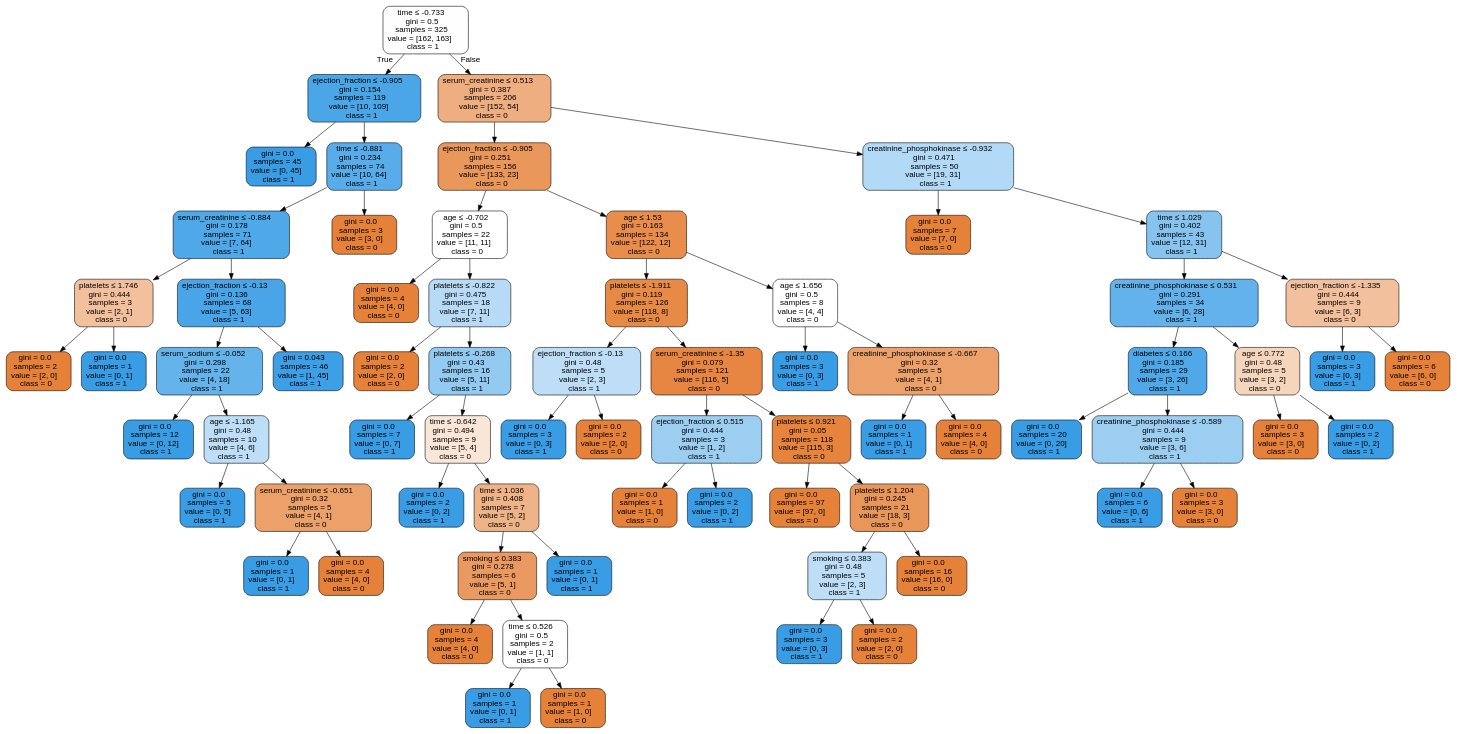
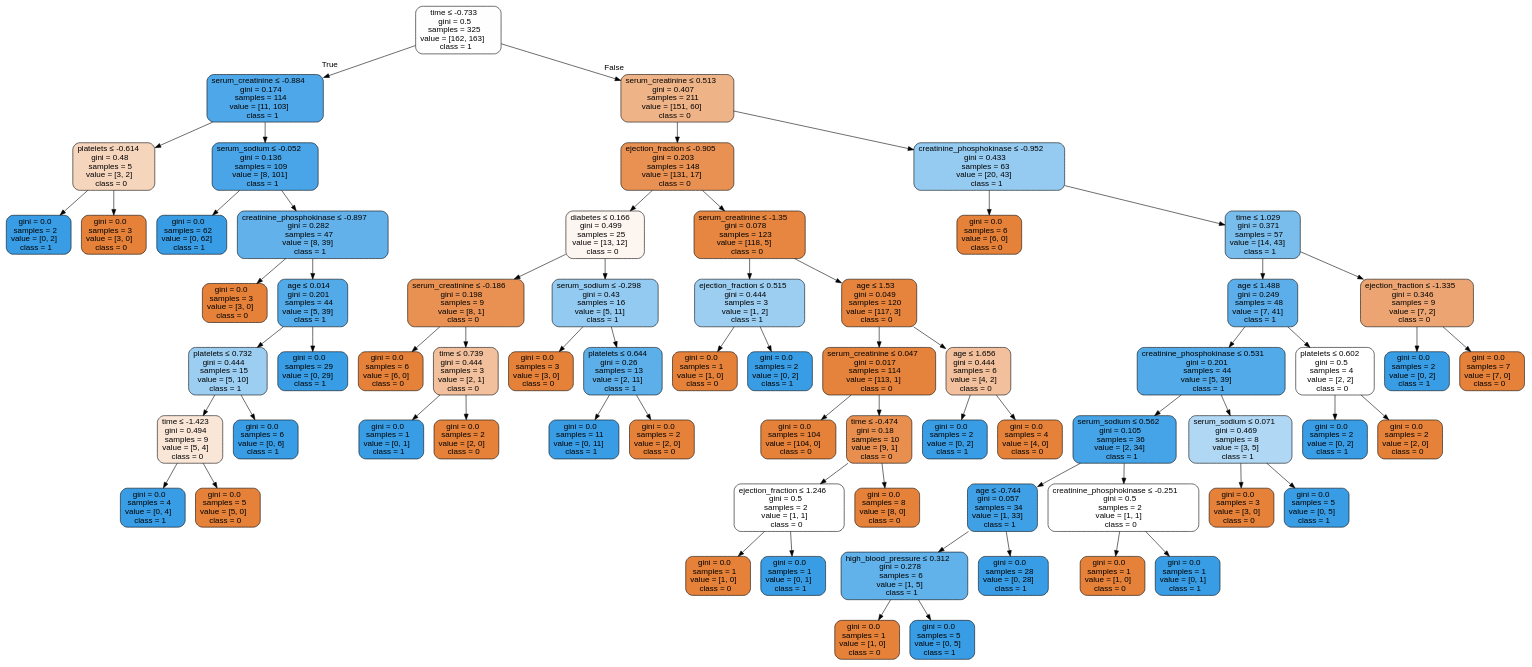
The diagram in Labs/NewClassifiers/Results/DecisionTrees/OverSample/ - No Outliers & Scaling/HFCR - OverSample - dtree.dot (isabelSoares/CD-2021), drawn with Graphviz before and after one commit. The commit also changed 275 other files, not shown here.

```diff
--- a/Labs/NewClassifiers/Results/DecisionTrees/OverSample/ - No Outliers & Scaling/HFCR - OverSample - dtree.dot
+++ b/Labs/NewClassifiers/Results/DecisionTrees/OverSample/ - No Outliers & Scaling/HFCR - OverSample - dtree.dot
@@ -2,144 +2,136 @@
 node [shape=box, style="filled, rounded", color="black", fontname=helvetica] ;
 edge [fontname=helvetica] ;
 0 [label=<time &le; -0.733<br/>gini = 0.5<br/>samples = 325<br/>value = [162, 163]<br/>class = 1>, fillcolor="#fefeff"] ;
-1 [label=<ejection_fraction &le; -0.905<br/>gini = 0.154<br/>samples = 119<br/>value = [10, 109]<br/>class = 1>, fillcolor="#4ba6e7"] ;
+1 [label=<serum_creatinine &le; -0.884<br/>gini = 0.174<br/>samples = 114<br/>value = [11, 103]<br/>class = 1>, fillcolor="#4ea7e8"] ;
 0 -> 1 [labeldistance=2.5, labelangle=45, headlabel="True"] ;
-2 [label=<gini = 0.0<br/>samples = 45<br/>value = [0, 45]<br/>class = 1>, fillcolor="#399de5"] ;
+2 [label=<platelets &le; -0.614<br/>gini = 0.48<br/>samples = 5<br/>value = [3, 2]<br/>class = 0>, fillcolor="#f6d5bd"] ;
 1 -> 2 ;
-3 [label=<time &le; -0.881<br/>gini = 0.234<br/>samples = 74<br/>value = [10, 64]<br/>class = 1>, fillcolor="#58ace9"] ;
-1 -> 3 ;
-4 [label=<serum_creatinine &le; -0.884<br/>gini = 0.178<br/>samples = 71<br/>value = [7, 64]<br/>class = 1>, fillcolor="#4fa8e8"] ;
-3 -> 4 ;
-5 [label=<platelets &le; 1.746<br/>gini = 0.444<br/>samples = 3<br/>value = [2, 1]<br/>class = 0>, fillcolor="#f2c09c"] ;
-4 -> 5 ;
-6 [label=<gini = 0.0<br/>samples = 2<br/>value = [2, 0]<br/>class = 0>, fillcolor="#e58139"] ;
+3 [label=<gini = 0.0<br/>samples = 2<br/>value = [0, 2]<br/>class = 1>, fillcolor="#399de5"] ;
+2 -> 3 ;
+4 [label=<gini = 0.0<br/>samples = 3<br/>value = [3, 0]<br/>class = 0>, fillcolor="#e58139"] ;
+2 -> 4 ;
+5 [label=<serum_sodium &le; -0.052<br/>gini = 0.136<br/>samples = 109<br/>value = [8, 101]<br/>class = 1>, fillcolor="#49a5e7"] ;
+1 -> 5 ;
+6 [label=<gini = 0.0<br/>samples = 62<br/>value = [0, 62]<br/>class = 1>, fillcolor="#399de5"] ;
 5 -> 6 ;
-7 [label=<gini = 0.0<br/>samples = 1<br/>value = [0, 1]<br/>class = 1>, fillcolor="#399de5"] ;
+7 [label=<creatinine_phosphokinase &le; -0.897<br/>gini = 0.282<br/>samples = 47<br/>value = [8, 39]<br/>class = 1>, fillcolor="#62b1ea"] ;
 5 -> 7 ;
-8 [label=<ejection_fraction &le; -0.13<br/>gini = 0.136<br/>samples = 68<br/>value = [5, 63]<br/>class = 1>, fillcolor="#49a5e7"] ;
-4 -> 8 ;
-9 [label=<serum_sodium &le; -0.052<br/>gini = 0.298<br/>samples = 22<br/>value = [4, 18]<br/>class = 1>, fillcolor="#65b3eb"] ;
-8 -> 9 ;
-10 [label=<gini = 0.0<br/>samples = 12<br/>value = [0, 12]<br/>class = 1>, fillcolor="#399de5"] ;
+8 [label=<gini = 0.0<br/>samples = 3<br/>value = [3, 0]<br/>class = 0>, fillcolor="#e58139"] ;
+7 -> 8 ;
+9 [label=<age &le; 0.014<br/>gini = 0.201<br/>samples = 44<br/>value = [5, 39]<br/>class = 1>, fillcolor="#52aae8"] ;
+7 -> 9 ;
+10 [label=<platelets &le; 0.732<br/>gini = 0.444<br/>samples = 15<br/>value = [5, 10]<br/>class = 1>, fillcolor="#9ccef2"] ;
 9 -> 10 ;
-11 [label=<age &le; -1.165<br/>gini = 0.48<br/>samples = 10<br/>value = [4, 6]<br/>class = 1>, fillcolor="#bddef6"] ;
-9 -> 11 ;
-12 [label=<gini = 0.0<br/>samples = 5<br/>value = [0, 5]<br/>class = 1>, fillcolor="#399de5"] ;
+11 [label=<time &le; -1.423<br/>gini = 0.494<br/>samples = 9<br/>value = [5, 4]<br/>class = 0>, fillcolor="#fae6d7"] ;
+10 -> 11 ;
+12 [label=<gini = 0.0<br/>samples = 4<br/>value = [0, 4]<br/>class = 1>, fillcolor="#399de5"] ;
 11 -> 12 ;
-13 [label=<serum_creatinine &le; -0.651<br/>gini = 0.32<br/>samples = 5<br/>value = [4, 1]<br/>class = 0>, fillcolor="#eca06a"] ;
+13 [label=<gini = 0.0<br/>samples = 5<br/>value = [5, 0]<br/>class = 0>, fillcolor="#e58139"] ;
 11 -> 13 ;
-14 [label=<gini = 0.0<br/>samples = 1<br/>value = [0, 1]<br/>class = 1>, fillcolor="#399de5"] ;
-13 -> 14 ;
-15 [label=<gini = 0.0<br/>samples = 4<br/>value = [4, 0]<br/>class = 0>, fillcolor="#e58139"] ;
-13 -> 15 ;
-16 [label=<gini = 0.043<br/>samples = 46<br/>value = [1, 45]<br/>class = 1>, fillcolor="#3d9fe6"] ;
-8 -> 16 ;
-17 [label=<gini = 0.0<br/>samples = 3<br/>value = [3, 0]<br/>class = 0>, fillcolor="#e58139"] ;
-3 -> 17 ;
-18 [label=<serum_creatinine &le; 0.513<br/>gini = 0.387<br/>samples = 206<br/>value = [152, 54]<br/>class = 0>, fillcolor="#eeae7f"] ;
-0 -> 18 [labeldistance=2.5, labelangle=-45, headlabel="False"] ;
-19 [label=<ejection_fraction &le; -0.905<br/>gini = 0.251<br/>samples = 156<br/>value = [133, 23]<br/>class = 0>, fillcolor="#e9975b"] ;
+14 [label=<gini = 0.0<br/>samples = 6<br/>value = [0, 6]<br/>class = 1>, fillcolor="#399de5"] ;
+10 -> 14 ;
+15 [label=<gini = 0.0<br/>samples = 29<br/>value = [0, 29]<br/>class = 1>, fillcolor="#399de5"] ;
+9 -> 15 ;
+16 [label=<serum_creatinine &le; 0.513<br/>gini = 0.407<br/>samples = 211<br/>value = [151, 60]<br/>class = 0>, fillcolor="#efb388"] ;
+0 -> 16 [labeldistance=2.5, labelangle=-45, headlabel="False"] ;
+17 [label=<ejection_fraction &le; -0.905<br/>gini = 0.203<br/>samples = 148<br/>value = [131, 17]<br/>class = 0>, fillcolor="#e89153"] ;
+16 -> 17 ;
+18 [label=<diabetes &le; 0.166<br/>gini = 0.499<br/>samples = 25<br/>value = [13, 12]<br/>class = 0>, fillcolor="#fdf5f0"] ;
+17 -> 18 ;
+19 [label=<serum_creatinine &le; -0.186<br/>gini = 0.198<br/>samples = 9<br/>value = [8, 1]<br/>class = 0>, fillcolor="#e89152"] ;
 18 -> 19 ;
-20 [label=<age &le; -0.702<br/>gini = 0.5<br/>samples = 22<br/>value = [11, 11]<br/>class = 0>, fillcolor="#ffffff"] ;
+20 [label=<gini = 0.0<br/>samples = 6<br/>value = [6, 0]<br/>class = 0>, fillcolor="#e58139"] ;
 19 -> 20 ;
-21 [label=<gini = 0.0<br/>samples = 4<br/>value = [4, 0]<br/>class = 0>, fillcolor="#e58139"] ;
-20 -> 21 ;
-22 [label=<platelets &le; -0.822<br/>gini = 0.475<br/>samples = 18<br/>value = [7, 11]<br/>class = 1>, fillcolor="#b7dbf6"] ;
-20 -> 22 ;
+21 [label=<time &le; 0.739<br/>gini = 0.444<br/>samples = 3<br/>value = [2, 1]<br/>class = 0>, fillcolor="#f2c09c"] ;
+19 -> 21 ;
+22 [label=<gini = 0.0<br/>samples = 1<br/>value = [0, 1]<br/>class = 1>, fillcolor="#399de5"] ;
+21 -> 22 ;
 23 [label=<gini = 0.0<br/>samples = 2<br/>value = [2, 0]<br/>class = 0>, fillcolor="#e58139"] ;
-22 -> 23 ;
-24 [label=<platelets &le; -0.268<br/>gini = 0.43<br/>samples = 16<br/>value = [5, 11]<br/>class = 1>, fillcolor="#93caf1"] ;
-22 -> 24 ;
-25 [label=<gini = 0.0<br/>samples = 7<br/>value = [0, 7]<br/>class = 1>, fillcolor="#399de5"] ;
+21 -> 23 ;
+24 [label=<serum_sodium &le; -0.298<br/>gini = 0.43<br/>samples = 16<br/>value = [5, 11]<br/>class = 1>, fillcolor="#93caf1"] ;
+18 -> 24 ;
+25 [label=<gini = 0.0<br/>samples = 3<br/>value = [3, 0]<br/>class = 0>, fillcolor="#e58139"] ;
 24 -> 25 ;
-26 [label=<time &le; -0.642<br/>gini = 0.494<br/>samples = 9<br/>value = [5, 4]<br/>class = 0>, fillcolor="#fae6d7"] ;
+26 [label=<platelets &le; 0.644<br/>gini = 0.26<br/>samples = 13<br/>value = [2, 11]<br/>class = 1>, fillcolor="#5dafea"] ;
 24 -> 26 ;
-27 [label=<gini = 0.0<br/>samples = 2<br/>value = [0, 2]<br/>class = 1>, fillcolor="#399de5"] ;
+27 [label=<gini = 0.0<br/>samples = 11<br/>value = [0, 11]<br/>class = 1>, fillcolor="#399de5"] ;
 26 -> 27 ;
-28 [label=<time &le; 1.036<br/>gini = 0.408<br/>samples = 7<br/>value = [5, 2]<br/>class = 0>, fillcolor="#efb388"] ;
+28 [label=<gini = 0.0<br/>samples = 2<br/>value = [2, 0]<br/>class = 0>, fillcolor="#e58139"] ;
 26 -> 28 ;
-29 [label=<smoking &le; 0.383<br/>gini = 0.278<br/>samples = 6<br/>value = [5, 1]<br/>class = 0>, fillcolor="#ea9a61"] ;
-28 -> 29 ;
-30 [label=<gini = 0.0<br/>samples = 4<br/>value = [4, 0]<br/>class = 0>, fillcolor="#e58139"] ;
+29 [label=<serum_creatinine &le; -1.35<br/>gini = 0.078<br/>samples = 123<br/>value = [118, 5]<br/>class = 0>, fillcolor="#e68641"] ;
+17 -> 29 ;
+30 [label=<ejection_fraction &le; 0.515<br/>gini = 0.444<br/>samples = 3<br/>value = [1, 2]<br/>class = 1>, fillcolor="#9ccef2"] ;
 29 -> 30 ;
-31 [label=<time &le; 0.526<br/>gini = 0.5<br/>samples = 2<br/>value = [1, 1]<br/>class = 0>, fillcolor="#ffffff"] ;
-29 -> 31 ;
-32 [label=<gini = 0.0<br/>samples = 1<br/>value = [0, 1]<br/>class = 1>, fillcolor="#399de5"] ;
-31 -> 32 ;
-33 [label=<gini = 0.0<br/>samples = 1<br/>value = [1, 0]<br/>class = 0>, fillcolor="#e58139"] ;
-31 -> 33 ;
-34 [label=<gini = 0.0<br/>samples = 1<br/>value = [0, 1]<br/>class = 1>, fillcolor="#399de5"] ;
-28 -> 34 ;
-35 [label=<age &le; 1.53<br/>gini = 0.163<br/>samples = 134<br/>value = [122, 12]<br/>class = 0>, fillcolor="#e88d4c"] ;
-19 -> 35 ;
-36 [label=<platelets &le; -1.911<br/>gini = 0.119<br/>samples = 126<br/>value = [118, 8]<br/>class = 0>, fillcolor="#e78a46"] ;
-35 -> 36 ;
-37 [label=<ejection_fraction &le; -0.13<br/>gini = 0.48<br/>samples = 5<br/>value = [2, 3]<br/>class = 1>, fillcolor="#bddef6"] ;
+31 [label=<gini = 0.0<br/>samples = 1<br/>value = [1, 0]<br/>class = 0>, fillcolor="#e58139"] ;
+30 -> 31 ;
+32 [label=<gini = 0.0<br/>samples = 2<br/>value = [0, 2]<br/>class = 1>, fillcolor="#399de5"] ;
+30 -> 32 ;
+33 [label=<age &le; 1.53<br/>gini = 0.049<br/>samples = 120<br/>value = [117, 3]<br/>class = 0>, fillcolor="#e6843e"] ;
+29 -> 33 ;
+34 [label=<serum_creatinine &le; 0.047<br/>gini = 0.017<br/>samples = 114<br/>value = [113, 1]<br/>class = 0>, fillcolor="#e5823b"] ;
+33 -> 34 ;
+35 [label=<gini = 0.0<br/>samples = 104<br/>value = [104, 0]<br/>class = 0>, fillcolor="#e58139"] ;
+34 -> 35 ;
+36 [label=<time &le; -0.474<br/>gini = 0.18<br/>samples = 10<br/>value = [9, 1]<br/>class = 0>, fillcolor="#e88f4f"] ;
+34 -> 36 ;
+37 [label=<ejection_fraction &le; 1.246<br/>gini = 0.5<br/>samples = 2<br/>value = [1, 1]<br/>class = 0>, fillcolor="#ffffff"] ;
 36 -> 37 ;
-38 [label=<gini = 0.0<br/>samples = 3<br/>value = [0, 3]<br/>class = 1>, fillcolor="#399de5"] ;
+38 [label=<gini = 0.0<br/>samples = 1<br/>value = [1, 0]<br/>class = 0>, fillcolor="#e58139"] ;
 37 -> 38 ;
-39 [label=<gini = 0.0<br/>samples = 2<br/>value = [2, 0]<br/>class = 0>, fillcolor="#e58139"] ;
+39 [label=<gini = 0.0<br/>samples = 1<br/>value = [0, 1]<br/>class = 1>, fillcolor="#399de5"] ;
 37 -> 39 ;
-40 [label=<serum_creatinine &le; -1.35<br/>gini = 0.079<br/>samples = 121<br/>value = [116, 5]<br/>class = 0>, fillcolor="#e68642"] ;
+40 [label=<gini = 0.0<br/>samples = 8<br/>value = [8, 0]<br/>class = 0>, fillcolor="#e58139"] ;
 36 -> 40 ;
-41 [label=<ejection_fraction &le; 0.515<br/>gini = 0.444<br/>samples = 3<br/>value = [1, 2]<br/>class = 1>, fillcolor="#9ccef2"] ;
-40 -> 41 ;
-42 [label=<gini = 0.0<br/>samples = 1<br/>value = [1, 0]<br/>class = 0>, fillcolor="#e58139"] ;
+41 [label=<age &le; 1.656<br/>gini = 0.444<br/>samples = 6<br/>value = [4, 2]<br/>class = 0>, fillcolor="#f2c09c"] ;
+33 -> 41 ;
+42 [label=<gini = 0.0<br/>samples = 2<br/>value = [0, 2]<br/>class = 1>, fillcolor="#399de5"] ;
 41 -> 42 ;
-43 [label=<gini = 0.0<br/>samples = 2<br/>value = [0, 2]<br/>class = 1>, fillcolor="#399de5"] ;
+43 [label=<gini = 0.0<br/>samples = 4<br/>value = [4, 0]<br/>class = 0>, fillcolor="#e58139"] ;
 41 -> 43 ;
-44 [label=<platelets &le; 0.921<br/>gini = 0.05<br/>samples = 118<br/>value = [115, 3]<br/>class = 0>, fillcolor="#e6843e"] ;
-40 -> 44 ;
-45 [label=<gini = 0.0<br/>samples = 97<br/>value = [97, 0]<br/>class = 0>, fillcolor="#e58139"] ;
+44 [label=<creatinine_phosphokinase &le; -0.952<br/>gini = 0.433<br/>samples = 63<br/>value = [20, 43]<br/>class = 1>, fillcolor="#95cbf1"] ;
+16 -> 44 ;
+45 [label=<gini = 0.0<br/>samples = 6<br/>value = [6, 0]<br/>class = 0>, fillcolor="#e58139"] ;
 44 -> 45 ;
-46 [label=<platelets &le; 1.204<br/>gini = 0.245<br/>samples = 21<br/>value = [18, 3]<br/>class = 0>, fillcolor="#e9965a"] ;
+46 [label=<time &le; 1.029<br/>gini = 0.371<br/>samples = 57<br/>value = [14, 43]<br/>class = 1>, fillcolor="#79bded"] ;
 44 -> 46 ;
-47 [label=<smoking &le; 0.383<br/>gini = 0.48<br/>samples = 5<br/>value = [2, 3]<br/>class = 1>, fillcolor="#bddef6"] ;
+47 [label=<age &le; 1.488<br/>gini = 0.249<br/>samples = 48<br/>value = [7, 41]<br/>class = 1>, fillcolor="#5baee9"] ;
 46 -> 47 ;
-48 [label=<gini = 0.0<br/>samples = 3<br/>value = [0, 3]<br/>class = 1>, fillcolor="#399de5"] ;
+48 [label=<creatinine_phosphokinase &le; 0.531<br/>gini = 0.201<br/>samples = 44<br/>value = [5, 39]<br/>class = 1>, fillcolor="#52aae8"] ;
 47 -> 48 ;
-49 [label=<gini = 0.0<br/>samples = 2<br/>value = [2, 0]<br/>class = 0>, fillcolor="#e58139"] ;
-47 -> 49 ;
-50 [label=<gini = 0.0<br/>samples = 16<br/>value = [16, 0]<br/>class = 0>, fillcolor="#e58139"] ;
-46 -> 50 ;
-51 [label=<age &le; 1.656<br/>gini = 0.5<br/>samples = 8<br/>value = [4, 4]<br/>class = 0>, fillcolor="#ffffff"] ;
-35 -> 51 ;
-52 [label=<gini = 0.0<br/>samples = 3<br/>value = [0, 3]<br/>class = 1>, fillcolor="#399de5"] ;
+49 [label=<serum_sodium &le; 0.562<br/>gini = 0.105<br/>samples = 36<br/>value = [2, 34]<br/>class = 1>, fillcolor="#45a3e7"] ;
+48 -> 49 ;
+50 [label=<age &le; -0.744<br/>gini = 0.057<br/>samples = 34<br/>value = [1, 33]<br/>class = 1>, fillcolor="#3fa0e6"] ;
+49 -> 50 ;
+51 [label=<high_blood_pressure &le; 0.312<br/>gini = 0.278<br/>samples = 6<br/>value = [1, 5]<br/>class = 1>, fillcolor="#61b1ea"] ;
+50 -> 51 ;
+52 [label=<gini = 0.0<br/>samples = 1<br/>value = [1, 0]<br/>class = 0>, fillcolor="#e58139"] ;
 51 -> 52 ;
-53 [label=<creatinine_phosphokinase &le; -0.667<br/>gini = 0.32<br/>samples = 5<br/>value = [4, 1]<br/>class = 0>, fillcolor="#eca06a"] ;
+53 [label=<gini = 0.0<br/>samples = 5<br/>value = [0, 5]<br/>class = 1>, fillcolor="#399de5"] ;
 51 -> 53 ;
-54 [label=<gini = 0.0<br/>samples = 1<br/>value = [0, 1]<br/>class = 1>, fillcolor="#399de5"] ;
-53 -> 54 ;
-55 [label=<gini = 0.0<br/>samples = 4<br/>value = [4, 0]<br/>class = 0>, fillcolor="#e58139"] ;
-53 -> 55 ;
-56 [label=<creatinine_phosphokinase &le; -0.932<br/>gini = 0.471<br/>samples = 50<br/>value = [19, 31]<br/>class = 1>, fillcolor="#b2d9f5"] ;
-18 -> 56 ;
-57 [label=<gini = 0.0<br/>samples = 7<br/>value = [7, 0]<br/>class = 0>, fillcolor="#e58139"] ;
-56 -> 57 ;
-58 [label=<time &le; 1.029<br/>gini = 0.402<br/>samples = 43<br/>value = [12, 31]<br/>class = 1>, fillcolor="#86c3ef"] ;
-56 -> 58 ;
-59 [label=<creatinine_phosphokinase &le; 0.531<br/>gini = 0.291<br/>samples = 34<br/>value = [6, 28]<br/>class = 1>, fillcolor="#63b2eb"] ;
+54 [label=<gini = 0.0<br/>samples = 28<br/>value = [0, 28]<br/>class = 1>, fillcolor="#399de5"] ;
+50 -> 54 ;
+55 [label=<creatinine_phosphokinase &le; -0.251<br/>gini = 0.5<br/>samples = 2<br/>value = [1, 1]<br/>class = 0>, fillcolor="#ffffff"] ;
+49 -> 55 ;
+56 [label=<gini = 0.0<br/>samples = 1<br/>value = [1, 0]<br/>class = 0>, fillcolor="#e58139"] ;
+55 -> 56 ;
+57 [label=<gini = 0.0<br/>samples = 1<br/>value = [0, 1]<br/>class = 1>, fillcolor="#399de5"] ;
+55 -> 57 ;
+58 [label=<serum_sodium &le; 0.071<br/>gini = 0.469<br/>samples = 8<br/>value = [3, 5]<br/>class = 1>, fillcolor="#b0d8f5"] ;
+48 -> 58 ;
+59 [label=<gini = 0.0<br/>samples = 3<br/>value = [3, 0]<br/>class = 0>, fillcolor="#e58139"] ;
 58 -> 59 ;
-60 [label=<diabetes &le; 0.166<br/>gini = 0.185<br/>samples = 29<br/>value = [3, 26]<br/>class = 1>, fillcolor="#50a8e8"] ;
-59 -> 60 ;
-61 [label=<gini = 0.0<br/>samples = 20<br/>value = [0, 20]<br/>class = 1>, fillcolor="#399de5"] ;
-60 -> 61 ;
-62 [label=<creatinine_phosphokinase &le; -0.589<br/>gini = 0.444<br/>samples = 9<br/>value = [3, 6]<br/>class = 1>, fillcolor="#9ccef2"] ;
-60 -> 62 ;
-63 [label=<gini = 0.0<br/>samples = 6<br/>value = [0, 6]<br/>class = 1>, fillcolor="#399de5"] ;
-62 -> 63 ;
-64 [label=<gini = 0.0<br/>samples = 3<br/>value = [3, 0]<br/>class = 0>, fillcolor="#e58139"] ;
-62 -> 64 ;
-65 [label=<age &le; 0.772<br/>gini = 0.48<br/>samples = 5<br/>value = [3, 2]<br/>class = 0>, fillcolor="#f6d5bd"] ;
-59 -> 65 ;
-66 [label=<gini = 0.0<br/>samples = 3<br/>value = [3, 0]<br/>class = 0>, fillcolor="#e58139"] ;
-65 -> 66 ;
-67 [label=<gini = 0.0<br/>samples = 2<br/>value = [0, 2]<br/>class = 1>, fillcolor="#399de5"] ;
-65 -> 67 ;
-68 [label=<ejection_fraction &le; -1.335<br/>gini = 0.444<br/>samples = 9<br/>value = [6, 3]<br/>class = 0>, fillcolor="#f2c09c"] ;
-58 -> 68 ;
-69 [label=<gini = 0.0<br/>samples = 3<br/>value = [0, 3]<br/>class = 1>, fillcolor="#399de5"] ;
-68 -> 69 ;
-70 [label=<gini = 0.0<br/>samples = 6<br/>value = [6, 0]<br/>class = 0>, fillcolor="#e58139"] ;
-68 -> 70 ;
+60 [label=<gini = 0.0<br/>samples = 5<br/>value = [0, 5]<br/>class = 1>, fillcolor="#399de5"] ;
+58 -> 60 ;
+61 [label=<platelets &le; 0.602<br/>gini = 0.5<br/>samples = 4<br/>value = [2, 2]<br/>class = 0>, fillcolor="#ffffff"] ;
+47 -> 61 ;
+62 [label=<gini = 0.0<br/>samples = 2<br/>value = [0, 2]<br/>class = 1>, fillcolor="#399de5"] ;
+61 -> 62 ;
+63 [label=<gini = 0.0<br/>samples = 2<br/>value = [2, 0]<br/>class = 0>, fillcolor="#e58139"] ;
+61 -> 63 ;
+64 [label=<ejection_fraction &le; -1.335<br/>gini = 0.346<br/>samples = 9<br/>value = [7, 2]<br/>class = 0>, fillcolor="#eca572"] ;
+46 -> 64 ;
+65 [label=<gini = 0.0<br/>samples = 2<br/>value = [0, 2]<br/>class = 1>, fillcolor="#399de5"] ;
+64 -> 65 ;
+66 [label=<gini = 0.0<br/>samples = 7<br/>value = [7, 0]<br/>class = 0>, fillcolor="#e58139"] ;
+64 -> 66 ;
 }
```
